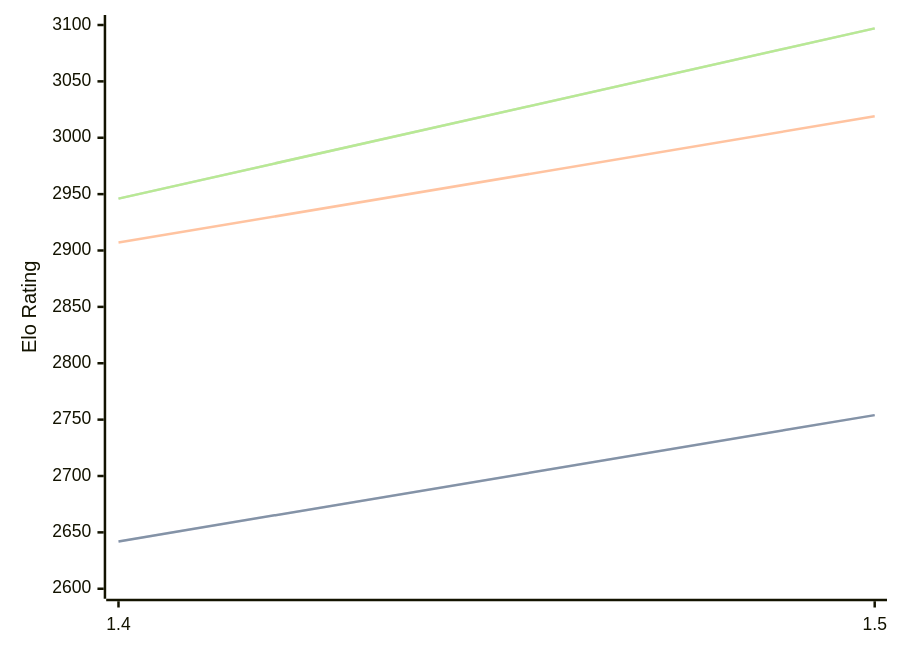
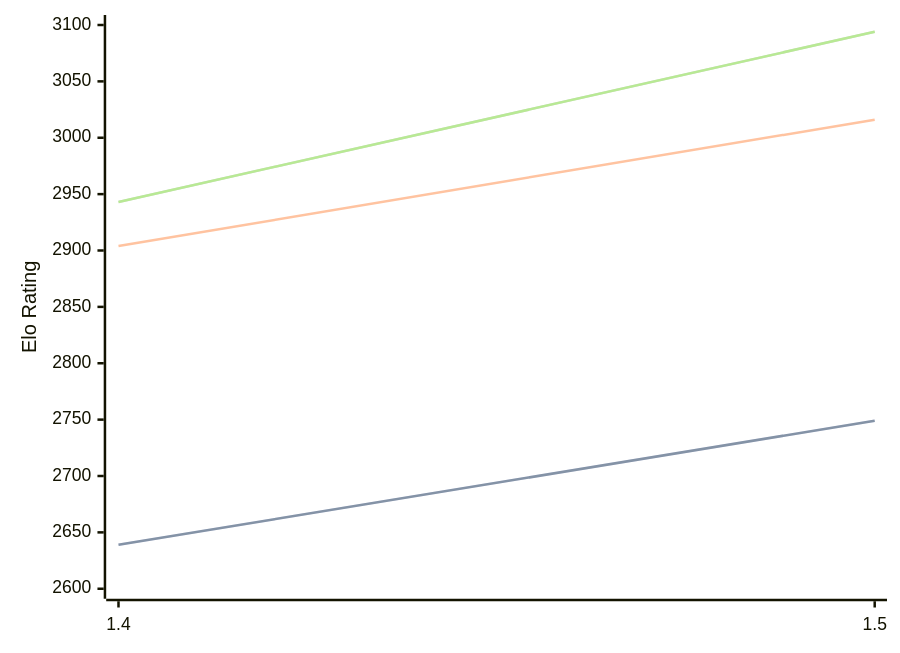
Before and after one commit to computer-chess-index/cci: the diagram in engines/Yakka.md, drawn with Mermaid. The commit also changed other lines of this file, not shown here.

Commit message:
Update CCI Ratings (ELO VLTC) - 2026-06-08

````diff
--- a/engines/Yakka.md
+++ b/engines/Yakka.md
@@ -36,11 +36,11 @@
 ```mermaid
 %%{init: {"theme":"base","themeVariables":{"seriesColors:['#a3a3a3','#222221','#faa371']}}}%%
 xychart-beta
   x-axis ["1.4", "1.5"]
   y-axis "Elo Rating" 2600 --> 3100
-  line "STC (8.0+0.08s)" [2642, 2754]
-  line "STC (8.0+0.08s)" [2642, 2754]
-  line "LTC (60.0+0.60s)" [2907, 3019]
-  line "VLTC (2m24s+1.12s)" [2946, 3097]
-  line "VLTC (2m24s+1.12s)" [2946, 3097]
+  line "STC (8.0+0.08s)" [2639, 2749]
+  line "STC (8.0+0.08s)" [2639, 2749]
+  line "LTC (60.0+0.60s)" [2904, 3016]
+  line "VLTC (2m24s+1.12s)" [2943, 3094]
+  line "VLTC (2m24s+1.12s)" [2943, 3094]
 ```
````
